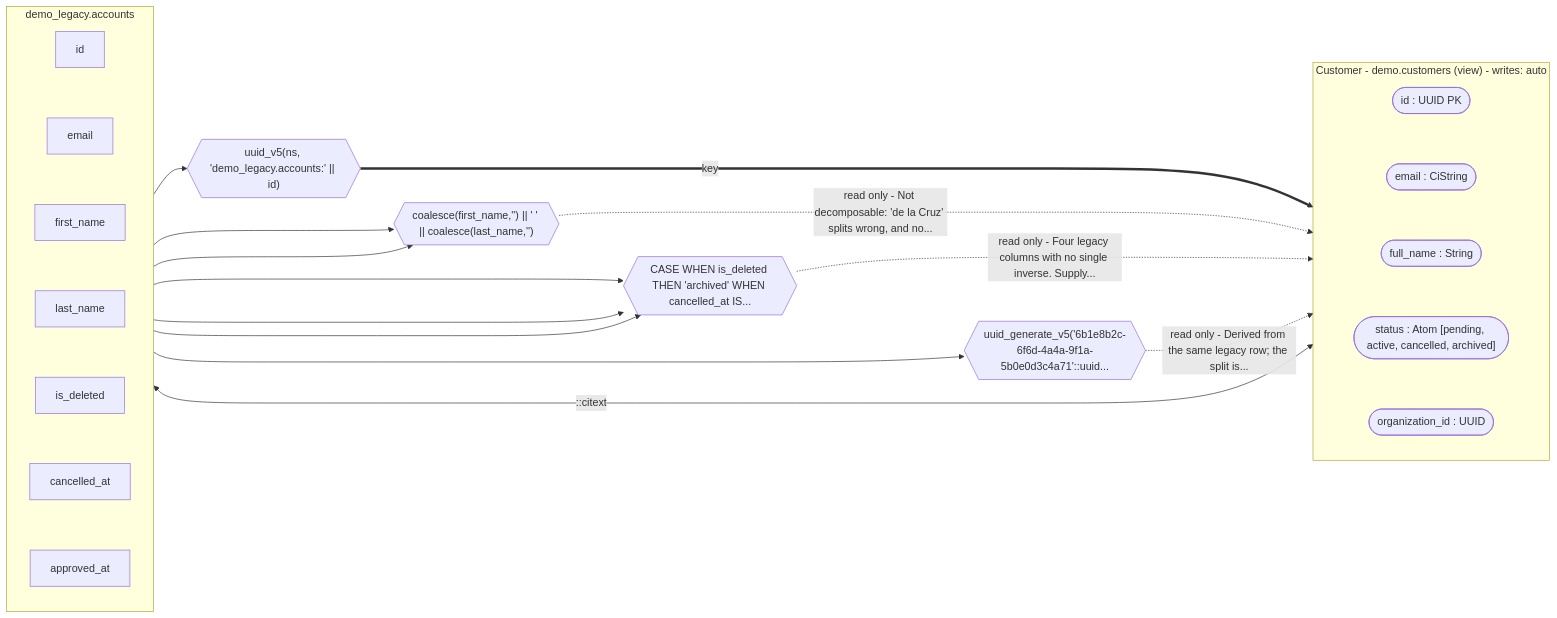
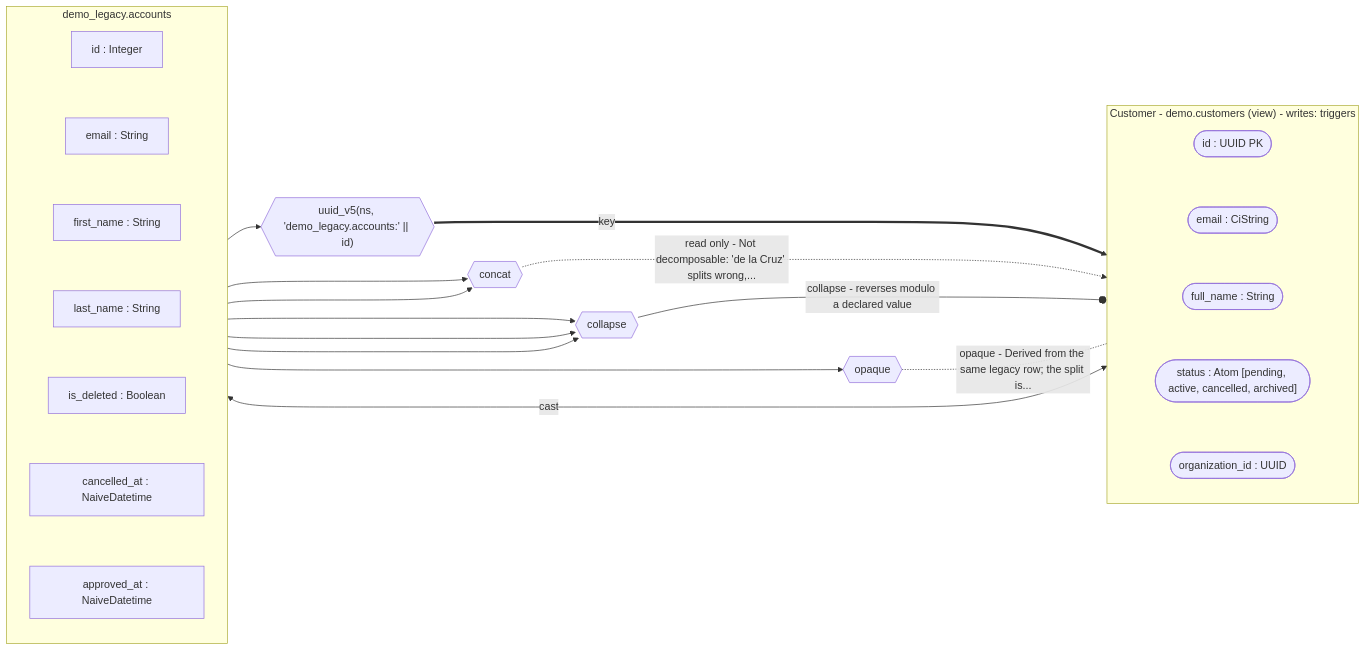
Before and after one commit to lukegalea/ash_strangler: the fifth of 10 diagrams in README.md, drawn with Mermaid. The commit also changed other lines of this file and 8 other files, not shown here.

````diff
--- a/README.md
+++ b/README.md
@@ -303,50 +392,50 @@
 ```mermaid
 flowchart LR
   subgraph legacy_demo_legacy_accounts ["demo_legacy.accounts"]
     direction TB
-    l_demo_legacy_accounts__id["id"]
-    l_demo_legacy_accounts__email["email"]
-    l_demo_legacy_accounts__first_name["first_name"]
-    l_demo_legacy_accounts__last_name["last_name"]
-    l_demo_legacy_accounts__is_deleted["is_deleted"]
-    l_demo_legacy_accounts__cancelled_at["cancelled_at"]
-    l_demo_legacy_accounts__approved_at["approved_at"]
+    l_demo_legacy_accounts__id["id : Integer"]
+    l_demo_legacy_accounts__email["email : String"]
+    l_demo_legacy_accounts__first_name["first_name : String"]
+    l_demo_legacy_accounts__last_name["last_name : String"]
+    l_demo_legacy_accounts__is_deleted["is_deleted : Boolean"]
+    l_demo_legacy_accounts__cancelled_at["cancelled_at : NaiveDatetime"]
+    l_demo_legacy_accounts__approved_at["approved_at : NaiveDatetime"]
     l_demo_legacy_accounts__id ~~~ l_demo_legacy_accounts__email
     l_demo_legacy_accounts__email ~~~ l_demo_legacy_accounts__first_name
     l_demo_legacy_accounts__first_name ~~~ l_demo_legacy_accounts__last_name
     l_demo_legacy_accounts__last_name ~~~ l_demo_legacy_accounts__is_deleted
     l_demo_legacy_accounts__is_deleted ~~~ l_demo_legacy_accounts__cancelled_at
     l_demo_legacy_accounts__cancelled_at ~~~ l_demo_legacy_accounts__approved_at
   end
   t_customer__id{{"uuid_v5(ns, 'demo_legacy.accounts:' || id)"}}
-  t_customer__full_name{{"coalesce(first_name,'') || ' ' || coalesce(last_name,'')"}}
-  t_customer__status{{"CASE WHEN is_deleted THEN 'archived' WHEN cancelled_at IS..."}}
-  t_customer__organization_id{{"uuid_generate_v5('6b1e8b2c-6f6d-4a4a-9f1a-5b0e0d3c4a71'::uuid..."}}
+  t_customer__full_name{{"concat"}}
+  t_customer__status{{"collapse"}}
+  t_customer__organization_id{{"opaque"}}
   t_customer__id ~~~ t_customer__full_name
   t_customer__full_name ~~~ t_customer__status
   t_customer__status ~~~ t_customer__organization_id
-  subgraph resource_customer ["Customer - demo.customers (view) - writes: auto"]
+  subgraph resource_customer ["Customer - demo.customers (view) - writes: triggers"]
     direction TB
     n_customer__id(["id : UUID PK"])
     n_customer__email(["email : CiString"])
     n_customer__full_name(["full_name : String"])
     n_customer__status(["status : Atom [pending, active, cancelled, archived]"])
     n_customer__organization_id(["organization_id : UUID"])
     n_customer__id ~~~ n_customer__email
     n_customer__email ~~~ n_customer__full_name
     n_customer__full_name ~~~ n_customer__status
     n_customer__status ~~~ n_customer__organization_id
   end
   l_demo_legacy_accounts__id --> t_customer__id
   t_customer__id ==>|"key"| n_customer__id
-  l_demo_legacy_accounts__email <-->|"::citext"| n_customer__email
+  l_demo_legacy_accounts__email <-->|"cast"| n_customer__email
   l_demo_legacy_accounts__first_name --> t_customer__full_name
   l_demo_legacy_accounts__last_name --> t_customer__full_name
-  t_customer__full_name -.->|"read only - Not decomposable: 'de la Cruz' splits wrong, and no..."| n_customer__full_name
+  t_customer__full_name -.->|"read only - Not decomposable: 'de la Cruz' splits wrong,..."| n_customer__full_name
   l_demo_legacy_accounts__is_deleted --> t_customer__status
   l_demo_legacy_accounts__cancelled_at --> t_customer__status
   l_demo_legacy_accounts__approved_at --> t_customer__status
-  t_customer__status -.->|"read only - Four legacy columns with no single inverse. Supply..."| n_customer__status
+  t_customer__status --o|"collapse - reverses modulo a declared value"| n_customer__status
   l_demo_legacy_accounts__id --> t_customer__organization_id
-  t_customer__organization_id -.->|"read only - Derived from the same legacy row; the split is..."| n_customer__organization_id
+  t_customer__organization_id -.-|"opaque - Derived from the same legacy row; the split is..."| n_customer__organization_id
 ```
````
